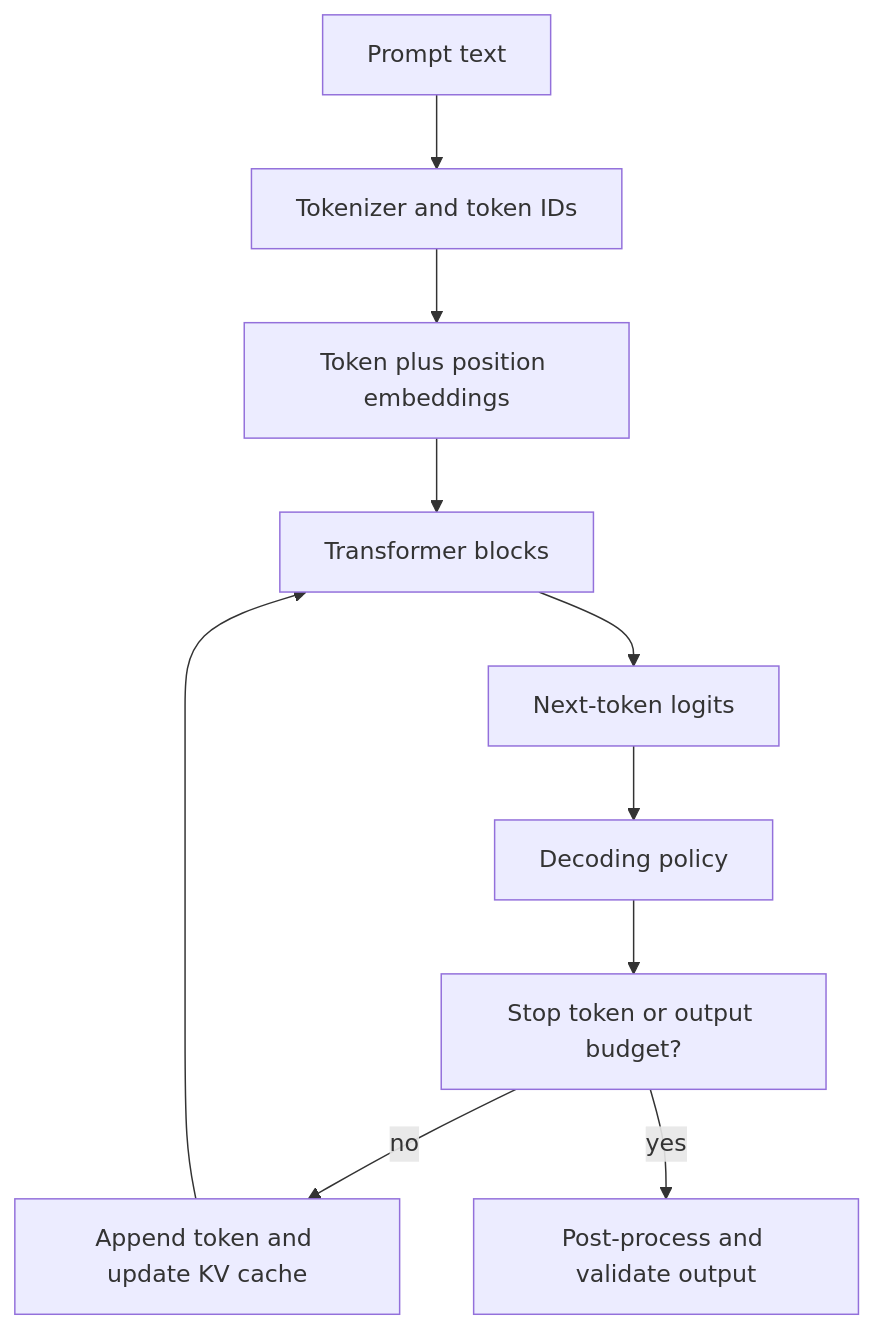
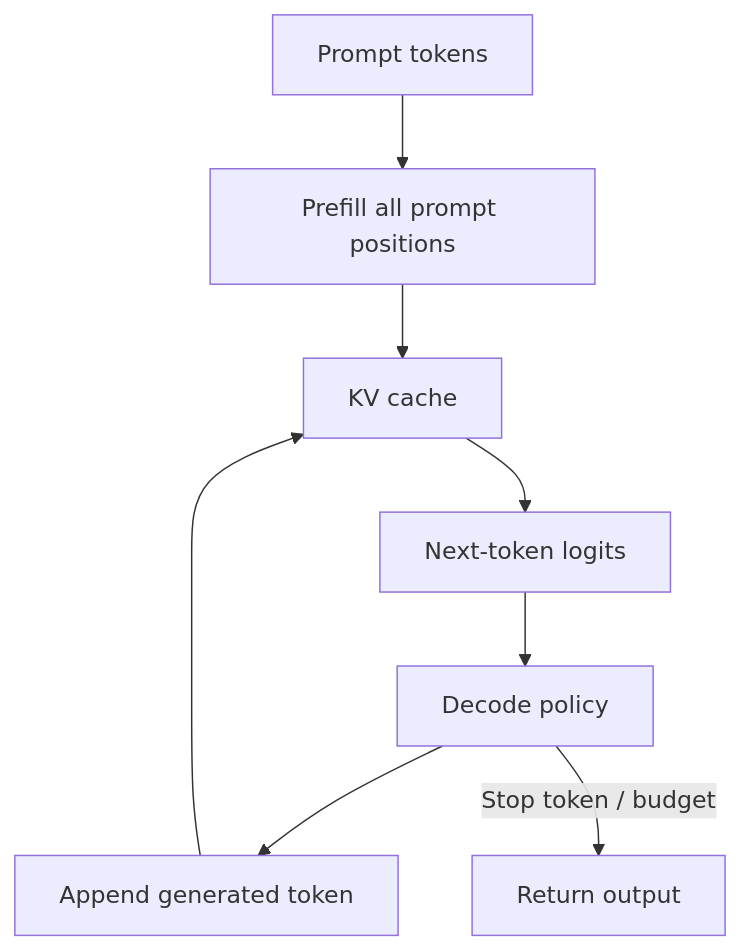
The fourth of 8 diagrams in docs/deep-dives/04-transformers-llms-generative-ai.md (ashvins1912/AI-Engineering-Academy), drawn with Mermaid before and after one commit. The commit also changed other lines of this file, not shown here.

Commit message:
Expand Stage 4 into eight detailed transformer and LLM mastery topics

````diff
--- a/docs/deep-dives/04-transformers-llms-generative-ai.md
+++ b/docs/deep-dives/04-transformers-llms-generative-ai.md
@@ -47,12 +97,10 @@
 ```mermaid
 flowchart TD
-  A[Prompt text] --> B[Tokenizer and token IDs]
-  B --> C[Token plus position embeddings]
-  C --> D[Transformer blocks]
-  D --> E[Next-token logits]
-  E --> F[Decoding policy]
-  F --> G[Stop token or output budget?]
-  G -- no --> H[Append token and update KV cache]
-  H --> D
-  G -- yes --> I[Post-process and validate output]
+ P[Prompt tokens] --> F[Prefill all prompt positions]
+ F --> C[KV cache]
+ C --> L[Next-token logits]
+ L --> D[Decode policy]
+ D --> A[Append generated token]
+ A --> C
+ D -->|Stop token / budget| R[Return output]
 ```
````
